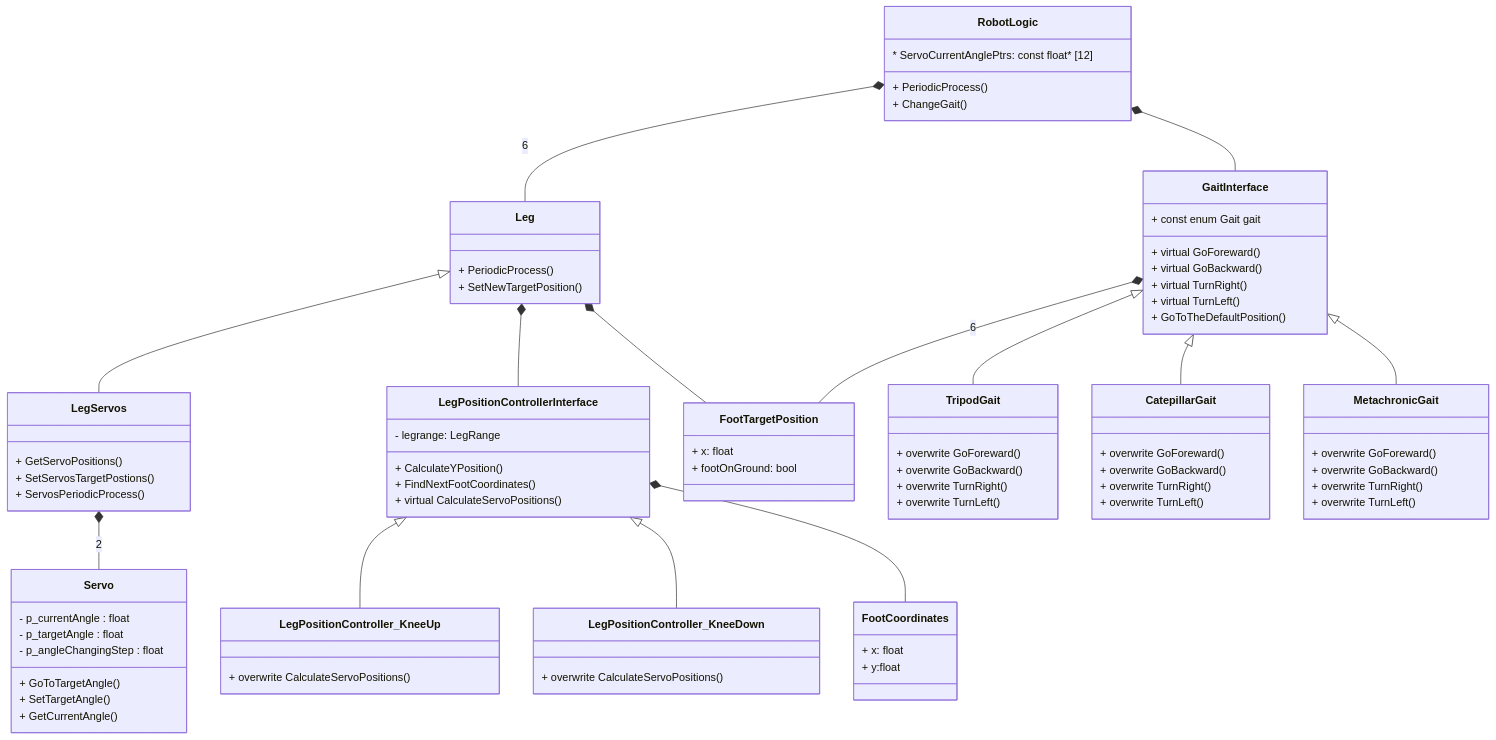
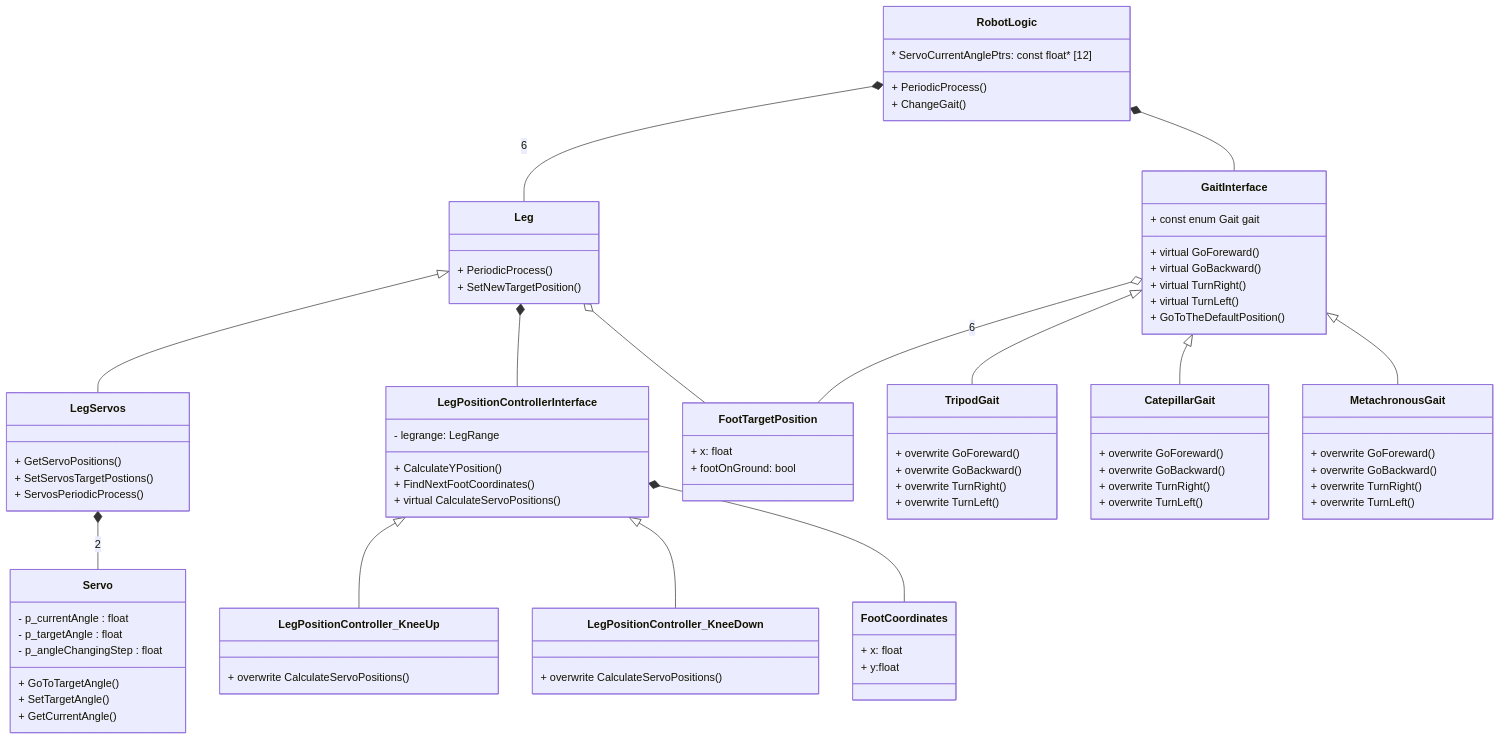
Before and after one commit to putzio/Hexapod-2.0: the first of 2 diagrams in README.md, drawn with Mermaid. The commit also changed other lines of this file, not shown here.

```diff
--- a/README.md
+++ b/README.md
@@ -14,12 +14,12 @@
     
     Leg <|-- LegServos
     Leg *-- LegPositionControllerInterface
-    Leg *-- FootTargetPosition
+    Leg o-- FootTargetPosition
     
     GaitInterface <|-- TripodGait
     GaitInterface <|-- CatepillarGait
-    GaitInterface <|-- MetachronicGait
-    GaitInterface *-- FootTargetPosition: 6
+    GaitInterface <|-- MetachronousGait
+    GaitInterface o-- FootTargetPosition: 6
 
     RobotLogic *-- Leg:6
     RobotLogic *-- GaitInterface
@@ -92,7 +92,7 @@
         + overwrite TurnRight()
         + overwrite TurnLeft()
     }
-    class MetachronicGait{
+    class MetachronousGait{
         + overwrite GoForeward()
         + overwrite GoBackward()
         + overwrite TurnRight()
```
